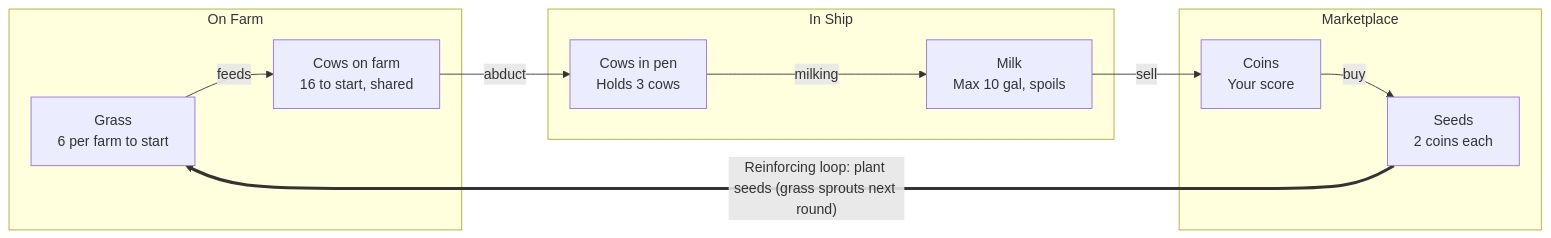
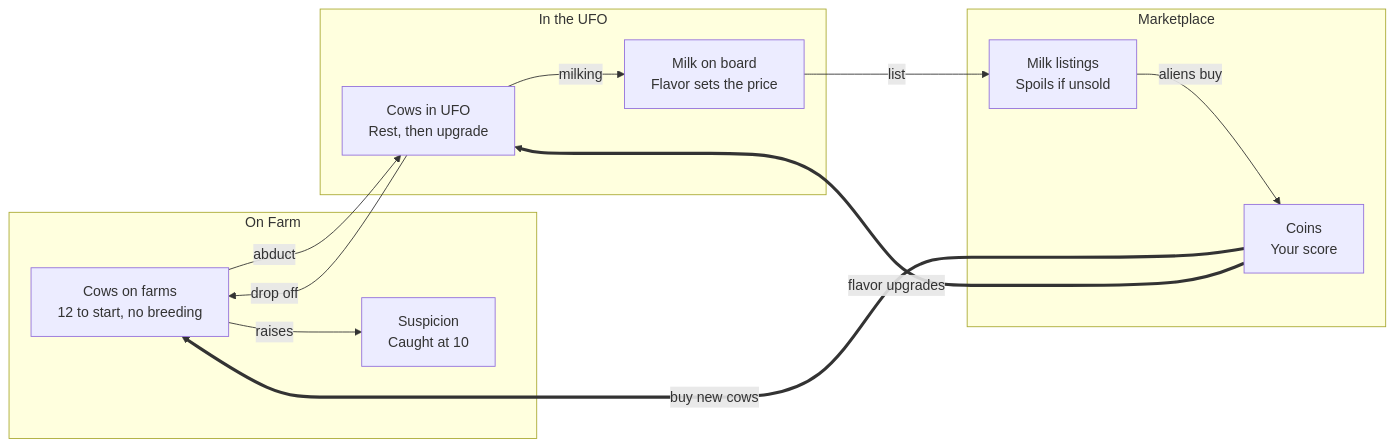
The diagram in docs/spec-sheet.md (QuinnEvans34/systems-designed-game), drawn with Mermaid before and after one commit. The commit also changed other lines of this file and 1 other file, not shown here.

First line of the commit message:
Update spec for single-player design: visits, cow flavors, power-ups, suspicion

````diff
--- a/docs/spec-sheet.md
+++ b/docs/spec-sheet.md
@@ -31,15 +29,17 @@
 ```mermaid
 flowchart LR
   subgraph Farm["On Farm"]
-    Grass["Grass<br/>6 per farm to start"] -- feeds --> Cows["Cows on farm<br/>16 to start, shared"]
+    Cows["Cows on farms<br/>12 to start, no breeding"] -- raises --> Sus["Suspicion<br/>Caught at 10"]
   end
-  subgraph Ship["In Ship"]
-    Pen["Cows in pen<br/>Holds 3 cows"] -- milking --> Milk["Milk<br/>Max 10 gal, spoils"]
+  subgraph UFO["In the UFO"]
+    UCows["Cows in UFO<br/>Rest, then upgrade"] -- milking --> Milk["Milk on board<br/>Flavor sets the price"]
   end
   subgraph Market["Marketplace"]
-    Coins["Coins<br/>Your score"] -- buy --> Seeds["Seeds<br/>2 coins each"]
+    List["Milk listings<br/>Spoils if unsold"] -- aliens buy --> Coins["Coins<br/>Your score"]
   end
-  Cows -- abduct --> Pen
-  Milk -- sell --> Coins
-  Seeds == "Reinforcing loop: plant seeds (grass sprouts next round)" ==> Grass
+  Cows -- abduct --> UCows
+  UCows -- drop off --> Cows
+  Milk -- list --> List
+  Coins == "buy new cows" ==> Cows
+  Coins == "flavor upgrades" ==> UCows
 ```
````
